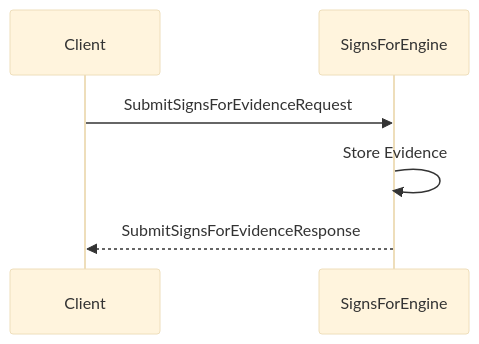
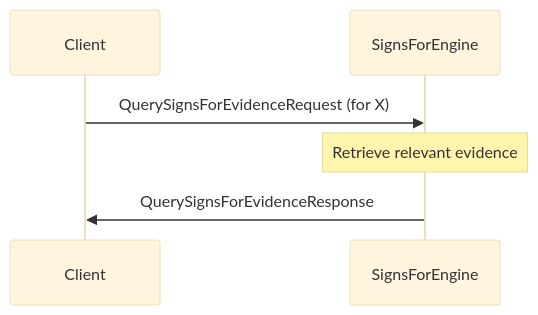
The third of 3 diagrams in docs/node_architecture/engines/signs_for_overview.juvix.md (anoma/nspec), drawn with Mermaid (base theme) before and after one commit. The commit also changed other lines of this file and 9 other files, not shown here.

Commit message:
Clearn up sequence diagrams

````diff
--- a/docs/node_architecture/engines/signs_for_overview.juvix.md
+++ b/docs/node_architecture/engines/signs_for_overview.juvix.md
@@ -177,9 +198,9 @@
 ```mermaid
 sequenceDiagram
     participant Client
     participant SignsForEngine
 
-    Client ->> SignsForEngine: SubmitSignsForEvidenceRequest
-    SignsForEngine ->> SignsForEngine: Store Evidence
-    SignsForEngine -->> Client: SubmitSignsForEvidenceResponse
+    Client->>SignsForEngine: QuerySignsForEvidenceRequest (for X)
+    Note over SignsForEngine: Retrieve relevant evidence
+    SignsForEngine->>Client: QuerySignsForEvidenceResponse
 ```
````
